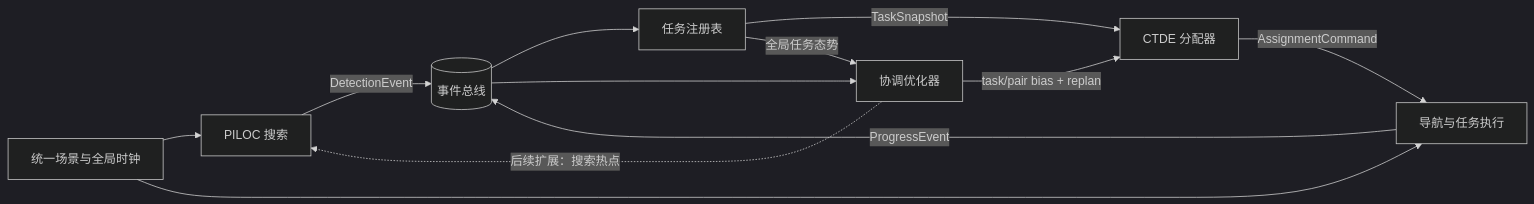
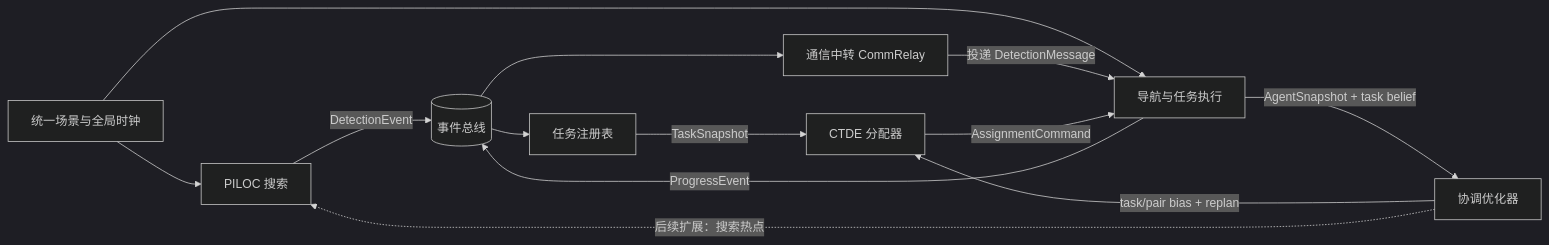
Before and after one commit to rui020726/zhenghe: the diagram in ARCHITECTURE.md, drawn with Mermaid (dark theme). The commit also changed other lines of this file and 221 other files, not shown here.

First line of the commit message:
chore: code-only snapshot of Stage 5B pure-comm work (R9b/R10)

````diff
--- a/ARCHITECTURE.md
+++ b/ARCHITECTURE.md
@@ -7,22 +7,24 @@
 ```mermaid
 flowchart LR
     W[统一场景与全局时钟]
     S[PILOC 搜索]
     B[(事件总线)]
     R[任务注册表]
+    M[通信中转 CommRelay]
     C[协调优化器]
     A[CTDE 分配器]
     X[导航与任务执行]
 
     W --> S
     W --> X
     S -->|DetectionEvent| B
     X -->|ProgressEvent| B
     B --> R
-    B --> C
+    B --> M
+    M -->|投递 DetectionMessage| X
     R -->|TaskSnapshot| A
-    R -->|全局任务态势| C
+    X -->|AgentSnapshot + task belief| C
     C -->|task/pair bias + replan| A
     A -->|AssignmentCommand| X
     C -.后续扩展：搜索热点.-> S
 ```
````
